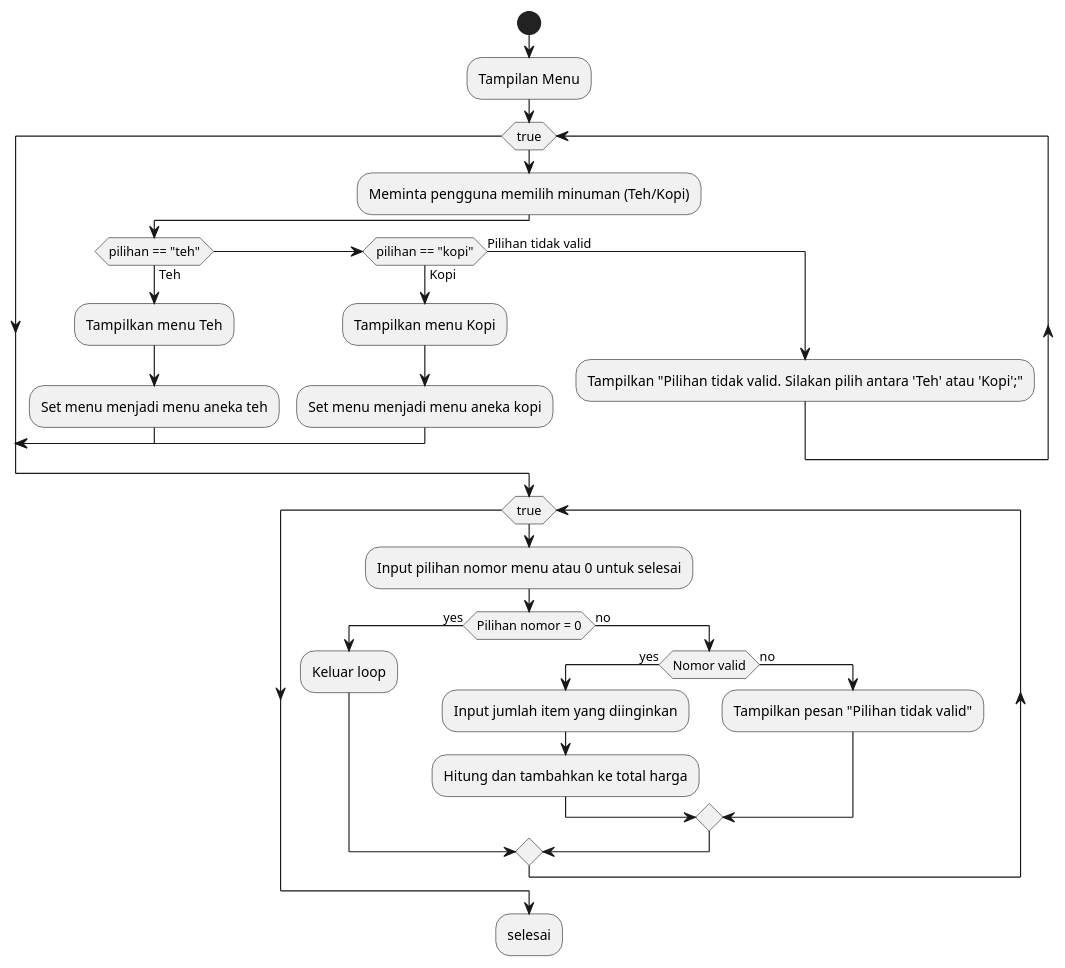
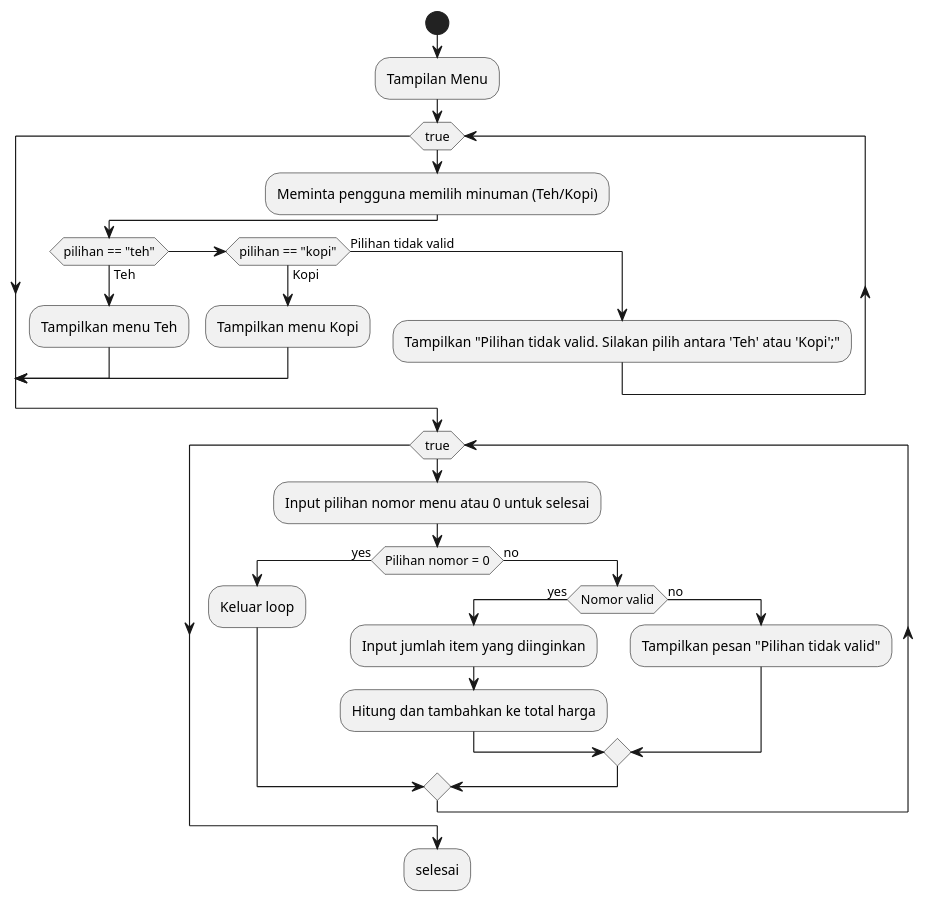
The diagram in pert6/tugas/nomor1.puml (MochNovaSetyawan/Bahasa-Pemprograman), drawn with PlantUML before and after one commit.

Commit message:
(Perubahan pada 11/05/2024)

```diff
--- a/pert6/tugas/nomor1.puml
+++ b/pert6/tugas/nomor1.puml
@@ -1,33 +1,31 @@
 @startuml nomor1
 start
 :Tampilan Menu;
 while (true)
     :Meminta pengguna memilih minuman (Teh/Kopi);
     if (pilihan == "teh") then (Teh)
         :Tampilkan menu Teh;
-        :Set menu menjadi menu aneka teh;
         break
     elseif (pilihan == "kopi") then (Kopi)
         :Tampilkan menu Kopi;
-        :Set menu menjadi menu aneka kopi;
         break
     else (Pilihan tidak valid)
         :Tampilkan "Pilihan tidak valid. Silakan pilih antara 'Teh' atau 'Kopi';";
     endif
 endwhile
 
 while (true)
     :Input pilihan nomor menu atau 0 untuk selesai;
     if (Pilihan nomor = 0) then (yes)
         :Keluar loop;
     else (no)
         if (Nomor valid) then (yes)
             :Input jumlah item yang diinginkan;
             :Hitung dan tambahkan ke total harga;
         else (no)
             :Tampilkan pesan "Pilihan tidak valid";
         endif
     endif
 endwhile
 :selesai;
 @enduml
```
